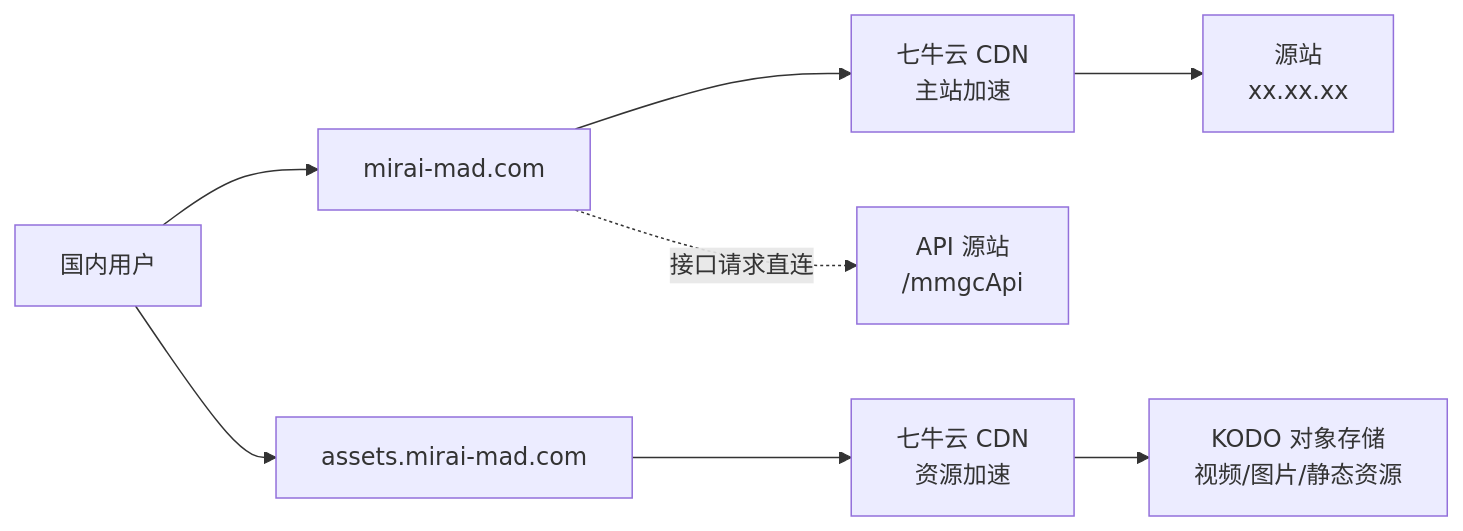
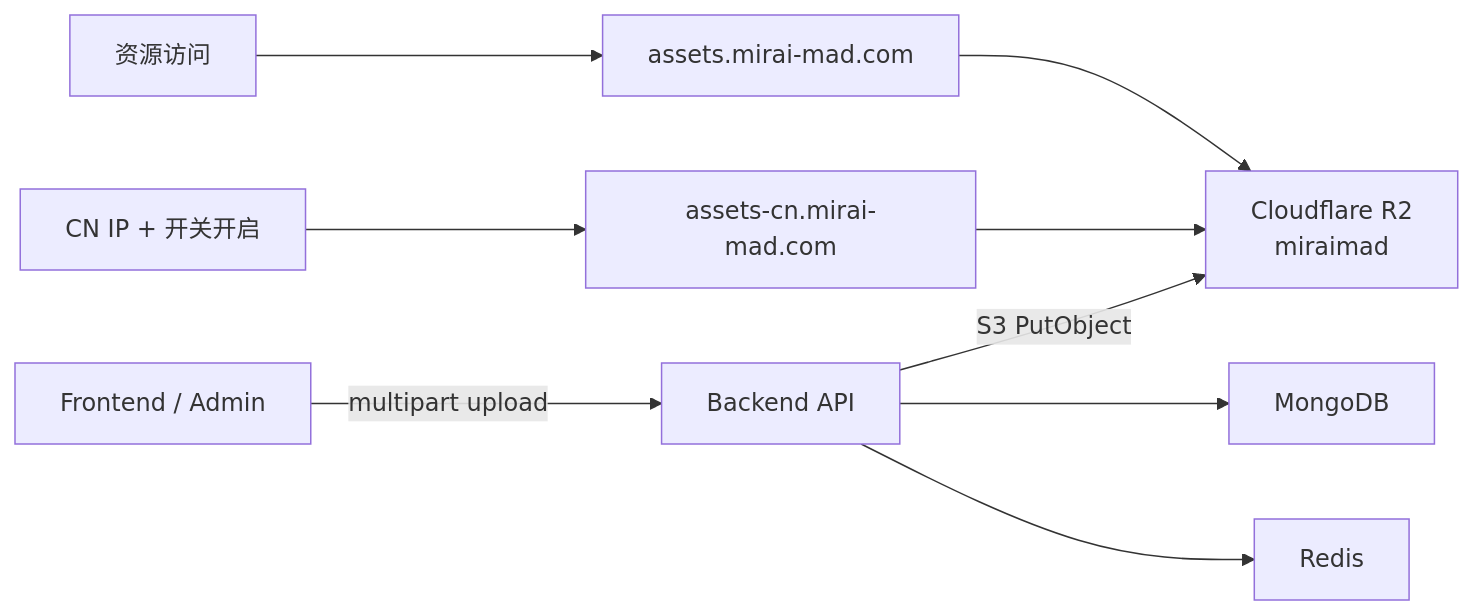
The first of 2 diagrams in README.md (ADKcodeXD/MMGC-Project), drawn with Mermaid before and after one commit. The commit also changed other lines of this file and 54 other files, not shown here.

````diff
--- a/README.md
+++ b/README.md
@@ -23,17 +18,9 @@
 ```mermaid
 flowchart LR
-  user_cn["国内用户"]
-  main_domain["mirai-mad.com"]
-  qiniu_main["七牛云 CDN<br/>主站加速"]
-  origin["源站<br/>xx.xx.xx"]
-
-  asset_domain["assets.mirai-mad.com"]
-  qiniu_asset["七牛云 CDN<br/>资源加速"]
-  kodo["KODO 对象存储<br/>视频/图片/静态资源"]
-
-  api["API 源站<br/>/mmgcApi"]
-
-  user_cn --> main_domain --> qiniu_main --> origin
-  user_cn --> asset_domain --> qiniu_asset --> kodo
-  main_domain -. "接口请求直连" .-> api
+  frontend["Frontend / Admin"] -->|"multipart upload"| backend["Backend API"]
+  backend -->|"S3 PutObject"| r2["Cloudflare R2<br/>miraimad"]
+  users["资源访问"] --> default["assets.mirai-mad.com"] --> r2
+  cn["CN IP + 开关开启"] --> cn_domain["assets-cn.mirai-mad.com"] --> r2
+  backend --> mongo["MongoDB"]
+  backend --> redis["Redis"]
 ```
````
